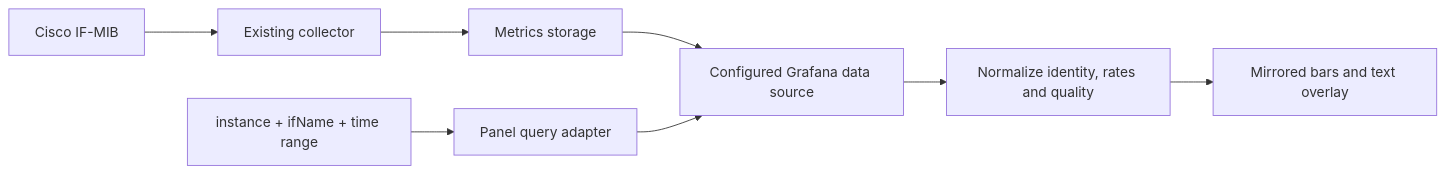
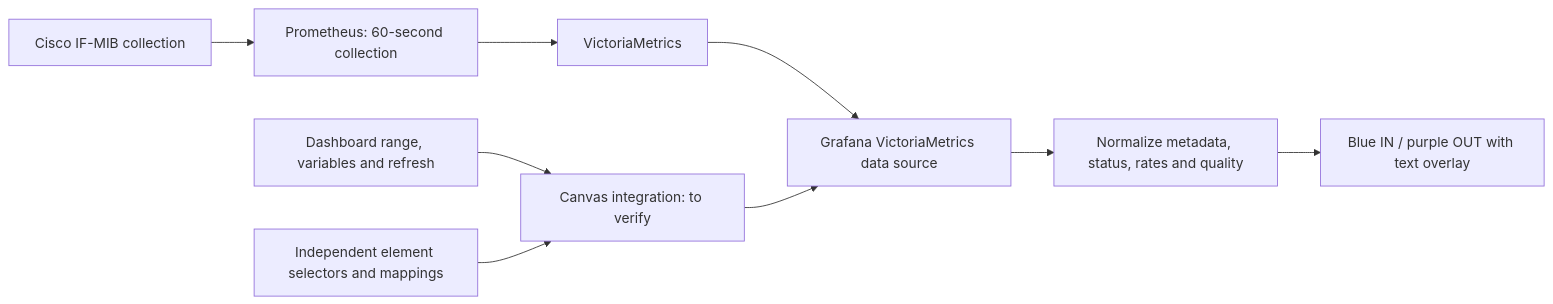
Before and after one commit to urrizzz/grafana: the diagram in docs/architecture.md, drawn with Mermaid. The commit also changed other lines of this file and 7 other files, not shown here.

````diff
--- a/docs/architecture.md
+++ b/docs/architecture.md
@@ -16,10 +36,11 @@
 ```mermaid
 flowchart LR
-  A[Cisco IF-MIB] --> B[Existing collector]
-  B --> C[Metrics storage]
-  C --> D[Configured Grafana data source]
-  E[instance + ifName + time range] --> F[Panel query adapter]
+  A[Cisco IF-MIB collection] --> B[Prometheus: 60-second collection]
+  B --> C[VictoriaMetrics]
+  C --> D[Grafana VictoriaMetrics data source]
+  E[Dashboard range, variables and refresh] --> F[Canvas integration: to verify]
+  G[Independent element selectors and mappings] --> F
   F --> D
-  D --> G[Normalize identity, rates and quality]
-  G --> H[Mirrored bars and text overlay]
+  D --> H[Normalize metadata, status, rates and quality]
+  H --> I[Blue IN / purple OUT with text overlay]
 ```
````
